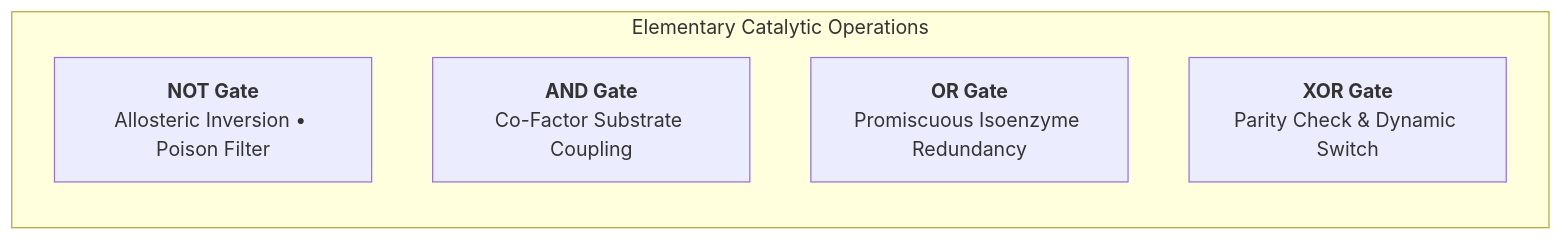
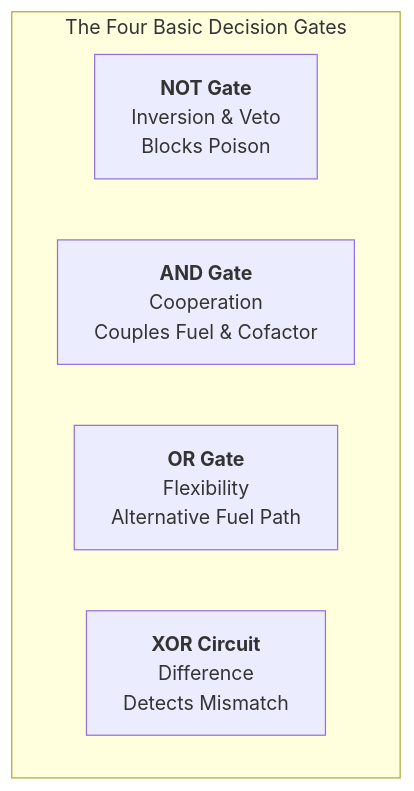
The second of 6 diagrams in docs/REALITY_TO_SIMULATION_TRANSLATION_MATRIX.md (ianohlander/Siliquarium), drawn with Mermaid before and after one commit. The commit also changed other lines of this file and 1 other file, not shown here.

Commit message:
docs: redesign translation matrix with plain-English tri-domain structure, syntax-error-free diagrams, and clear examples

````diff
--- a/docs/REALITY_TO_SIMULATION_TRANSLATION_MATRIX.md
+++ b/docs/REALITY_TO_SIMULATION_TRANSLATION_MATRIX.md
@@ -44,10 +44,10 @@
 ```mermaid
 flowchart LR
-    subgraph LogicEnzymes["Elementary Catalytic Operations"]
-        direction TB
-        E1["<b>NOT Gate</b><br/>Allosteric Inversion • Poison Filter"]
-        E2["<b>AND Gate</b><br/>Co-Factor Substrate Coupling"]
-        E3["<b>OR Gate</b><br/>Promiscuous Isoenzyme Redundancy"]
-        E4["<b>XOR Gate</b><br/>Parity Check & Dynamic Switch"]
+    subgraph LogicRow["The Four Basic Decision Gates"]
+        direction LR
+        G1["<b>NOT Gate</b><br/>Inversion & Veto<br/>Blocks Poison"]
+        G2["<b>AND Gate</b><br/>Cooperation<br/>Couples Fuel & Cofactor"]
+        G3["<b>OR Gate</b><br/>Flexibility<br/>Alternative Fuel Path"]
+        G4["<b>XOR Circuit</b><br/>Difference<br/>Detects Mismatch"]
     end
 ```
````
